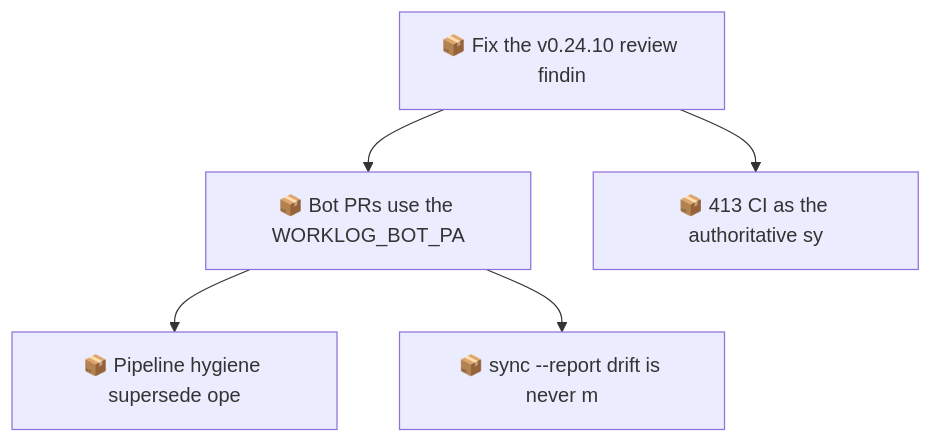
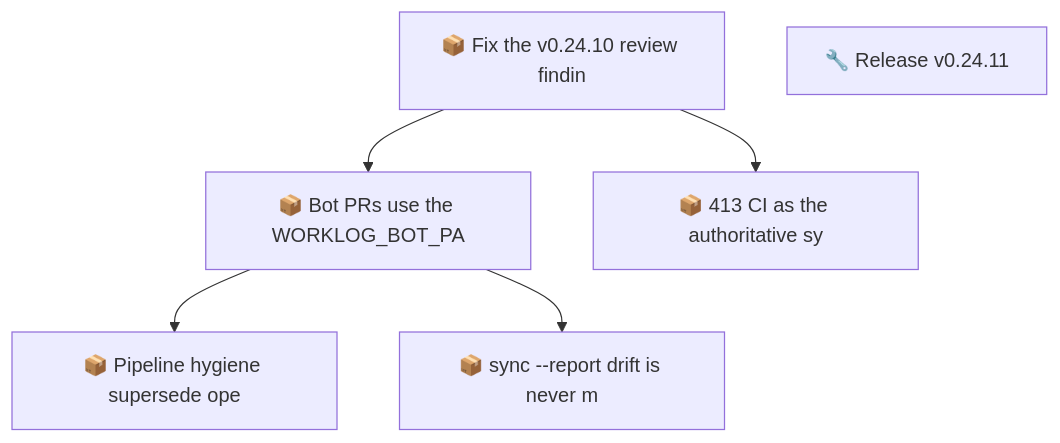
One commit to SpillwaveSolutions/wiki_ticket_sdd changed the second of 2 diagrams in docs/roadmap.md. Above: the diagram before and after it, drawn with Mermaid. The commit also changed other lines of this file and 86 other files, not shown here.

First line of the commit message:
release: v0.24.11 retention stability, marker probe, gate hardening, freshness gate (01M2XJARKTEH7VG74N3M0ZG66S)

````diff
--- a/docs/roadmap.md
+++ b/docs/roadmap.md
@@ -60,12 +67,13 @@
 ```mermaid
 graph TD
     01M2XCWMV0QYM4ZRBWN1V1327B["📦 Fix the v0.24.10 review findin"]
     01M2XCWMVEH3XFP2VPS9JBD6XF["📦 Bot PRs use the WORKLOG_BOT_PA"]
     01M2XCWMVEH3XFP2VPS9JBD6XH["📦 Pipeline hygiene supersede ope"]
     01M2XCWMVEH3XFP2VPS9JBD6XK["📦 sync --report drift is never m"]
     01M2XCWMVEH3XFP2VPS9JBD6XN["📦 413 CI as the authoritative sy"]
+    01M2XJARKTEH7VG74N3M0ZG66S["🔧 Release v0.24.11"]
     01M2XCWMV0QYM4ZRBWN1V1327B --> 01M2XCWMVEH3XFP2VPS9JBD6XF
     01M2XCWMVEH3XFP2VPS9JBD6XF --> 01M2XCWMVEH3XFP2VPS9JBD6XH
     01M2XCWMVEH3XFP2VPS9JBD6XF --> 01M2XCWMVEH3XFP2VPS9JBD6XK
     01M2XCWMV0QYM4ZRBWN1V1327B --> 01M2XCWMVEH3XFP2VPS9JBD6XN
 ```
````
